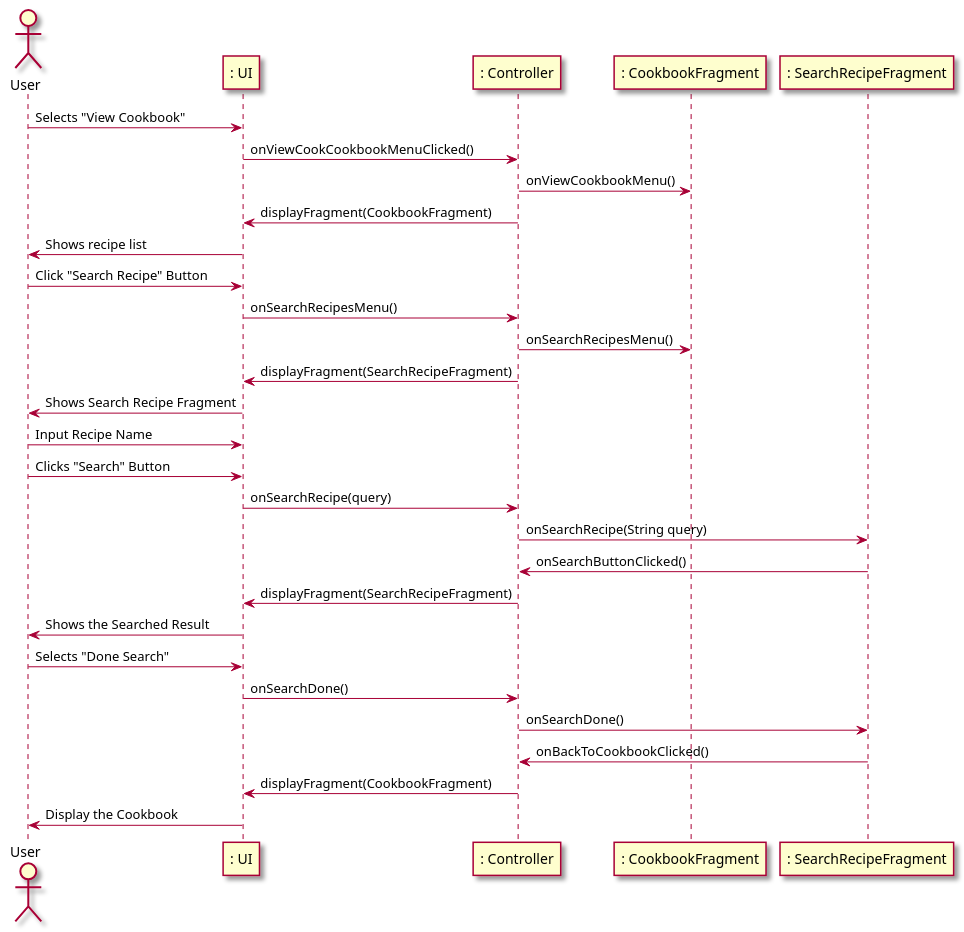
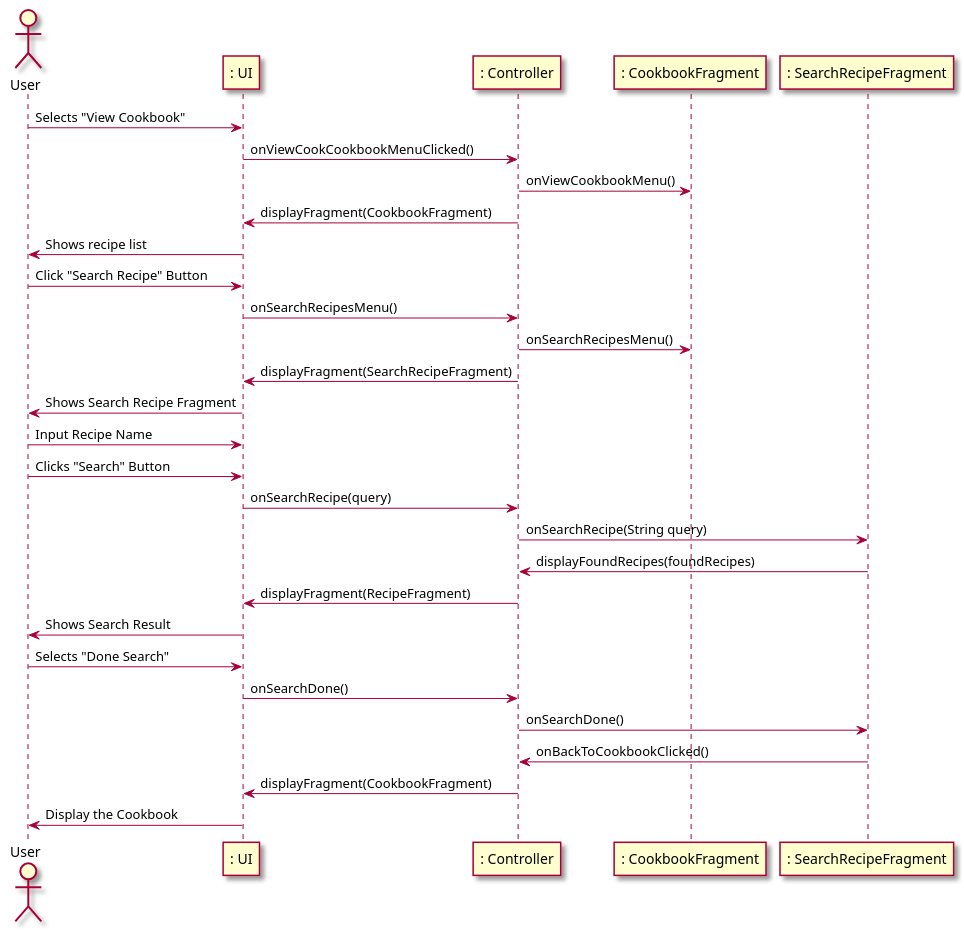
One commit to berthashipper/Pantry-Pal-Android-Application changed the third of 3 diagrams in intellij/doc/use-cases/manage_recipes.md. Above: the diagram before and after it, drawn with PlantUML.

Commit message:
Updated Search Recipe sequence diagram in manage_recipes.md

`````diff
--- a/intellij/doc/use-cases/manage_recipes.md
+++ b/intellij/doc/use-cases/manage_recipes.md
@@ -110,39 +110,39 @@
 ```plantuml
 @startuml
 skin rose
 
 actor User as user
 participant ": UI" as ui
 participant ": Controller" as cont
 participant ": CookbookFragment" as cf
 participant ": SearchRecipeFragment" as srf
 
 user -> ui : Selects "View Cookbook"
 ui -> cont : onViewCookCookbookMenuClicked()
 cont -> cf: onViewCookbookMenu()
 cont -> ui: displayFragment(CookbookFragment)
 ui -> user: Shows recipe list
 
 user -> ui : Click "Search Recipe" Button
 ui -> cont: onSearchRecipesMenu()
 cont -> cf: onSearchRecipesMenu()
 cont -> ui: displayFragment(SearchRecipeFragment)
 ui -> user: Shows Search Recipe Fragment
 
 user -> ui : Input Recipe Name
 user -> ui : Clicks "Search" Button
 ui -> cont : onSearchRecipe(query)
 cont -> srf : onSearchRecipe(String query)
-srf -> cont: onSearchButtonClicked()
-cont -> ui: displayFragment(SearchRecipeFragment)
-ui -> user: Shows the Searched Result
+srf ->  cont : displayFoundRecipes(foundRecipes)
+cont -> ui : displayFragment(RecipeFragment)
+ui -> user: Shows Search Result
 
 user -> ui : Selects "Done Search"
 ui -> cont : onSearchDone()
 cont -> srf : onSearchDone()
 srf -> cont : onBackToCookbookClicked() 
 cont -> ui : displayFragment(CookbookFragment)
 ui -> user : Display the Cookbook
 
 @enduml
 ````
`````
